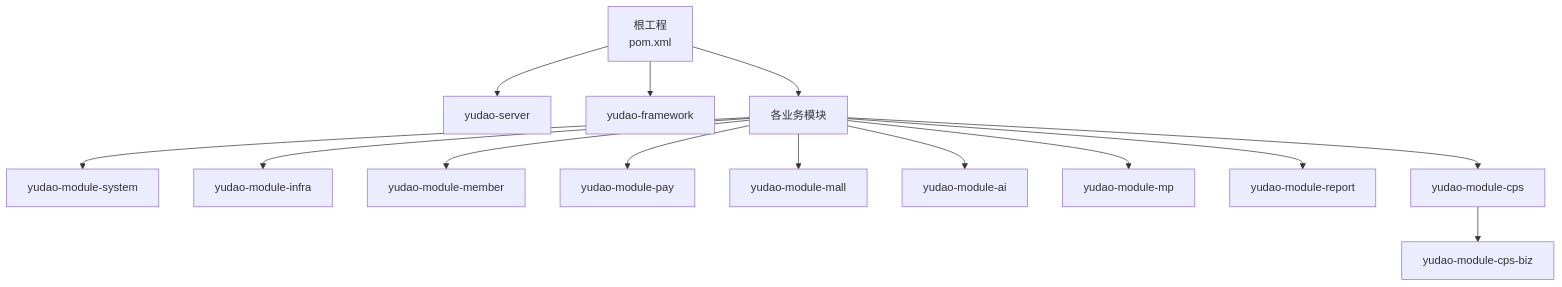
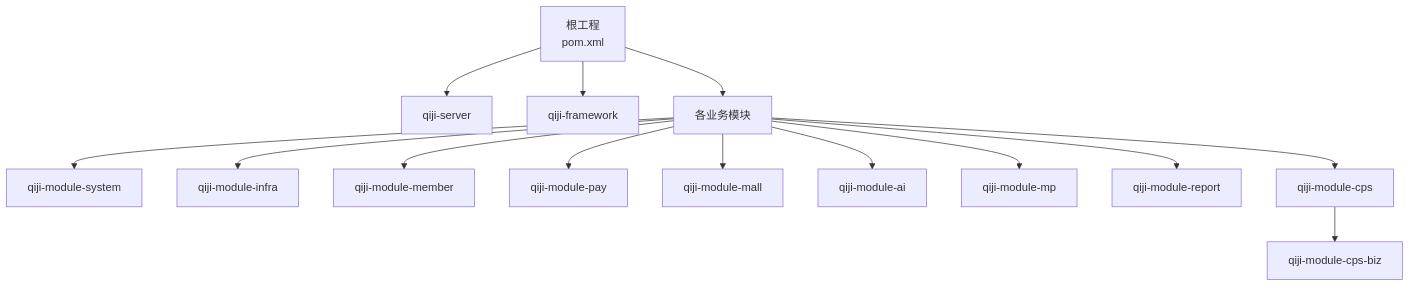
Before and after one commit to zhuangpengLI/AgenticCPS: the first of 7 diagrams in backend/.qoder/repowiki/zh/content/开发指南/扩展开发指南.md, drawn with Mermaid. The commit also changed other lines of this file and 3489 other files, not shown here.

````diff
--- a/backend/.qoder/repowiki/zh/content/开发指南/扩展开发指南.md
+++ b/backend/.qoder/repowiki/zh/content/开发指南/扩展开发指南.md
@@ -39,16 +39,16 @@
 ```mermaid
 graph TB
-Root["根工程<br/>pom.xml"] --> Server["yudao-server"]
-Root --> Framework["yudao-framework"]
+Root["根工程<br/>pom.xml"] --> Server["qiji-server"]
+Root --> Framework["qiji-framework"]
 Root --> Modules["各业务模块"]
-Modules --> System["yudao-module-system"]
-Modules --> Infra["yudao-module-infra"]
-Modules --> Member["yudao-module-member"]
-Modules --> Pay["yudao-module-pay"]
-Modules --> Mall["yudao-module-mall"]
-Modules --> AI["yudao-module-ai"]
-Modules --> MP["yudao-module-mp"]
-Modules --> Report["yudao-module-report"]
-Modules --> CPS["yudao-module-cps"]
-CPS --> CPSBiz["yudao-module-cps-biz"]
+Modules --> System["qiji-module-system"]
+Modules --> Infra["qiji-module-infra"]
+Modules --> Member["qiji-module-member"]
+Modules --> Pay["qiji-module-pay"]
+Modules --> Mall["qiji-module-mall"]
+Modules --> AI["qiji-module-ai"]
+Modules --> MP["qiji-module-mp"]
+Modules --> Report["qiji-module-report"]
+Modules --> CPS["qiji-module-cps"]
+CPS --> CPSBiz["qiji-module-cps-biz"]
 ```
````
